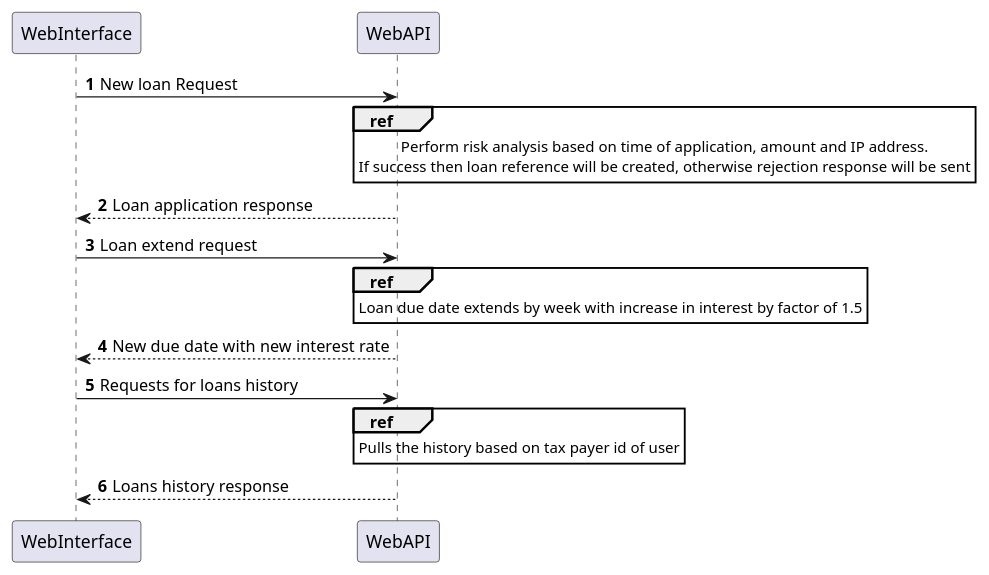
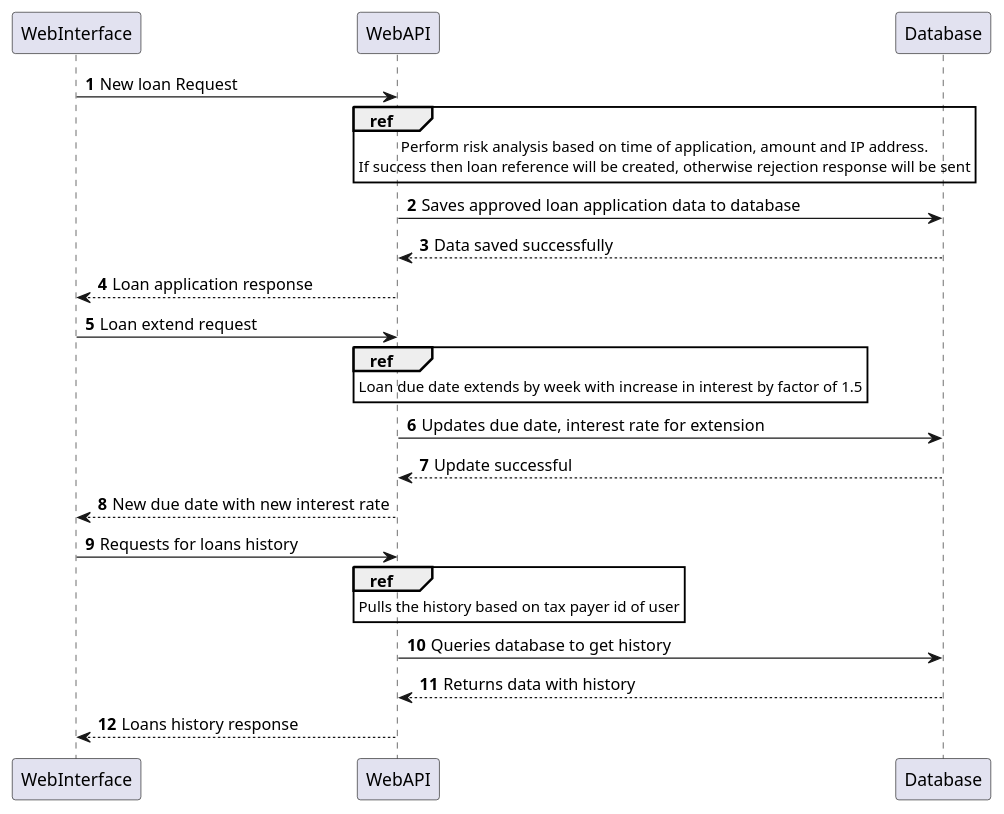
Before and after one commit to SapnaSharma05/lendmoney: the diagram in docs/diagrams/ApplicationFlow.puml, drawn with PlantUML. The commit also changed 15 other files, not shown here.

```diff
--- a/docs/diagrams/ApplicationFlow.puml
+++ b/docs/diagrams/ApplicationFlow.puml
@@ -1,28 +1,36 @@
 @startuml
 'https://plantuml.com/sequence-diagram
 
 autonumber
 
 WebInterface -> WebAPI: New loan Request
 ref over WebAPI,WebAPI
 Perform risk analysis based on time of application, amount and IP address.
 If success then loan reference will be created, otherwise rejection response will be sent
 end ref
+WebAPI -> Database: Saves approved loan application data to database
+Database --> WebAPI : Data saved successfully
 WebAPI --> WebInterface : Loan application response
 
 
 WebInterface -> WebAPI: Loan extend request
 ref over WebAPI,WebAPI
 Loan due date extends by week with increase in interest by factor of 1.5
 end ref
+WebAPI -> Database: Updates due date, interest rate for extension
+Database --> WebAPI: Update successful
 WebAPI --> WebInterface: New due date with new interest rate
 
 
 WebInterface -> WebAPI: Requests for loans history
 ref over WebAPI,WebAPI
 Pulls the history based on tax payer id of user
 end ref
+WebAPI -> Database: Queries database to get history
+Database --> WebAPI: Returns data with history
 WebAPI --> WebInterface: Loans history response
 
 
+
+
 @enduml
```
